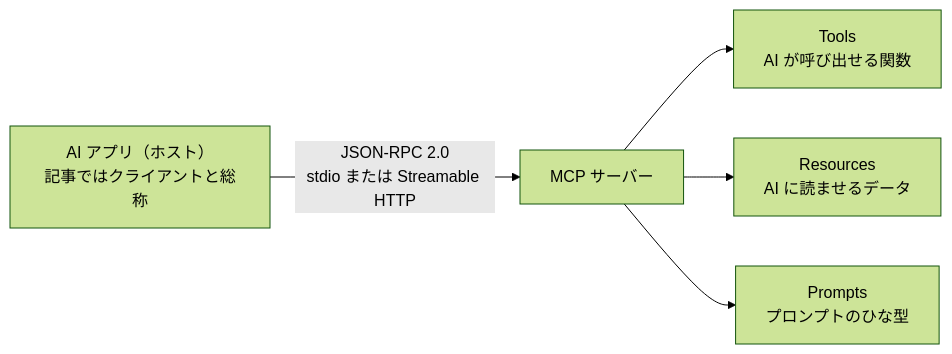
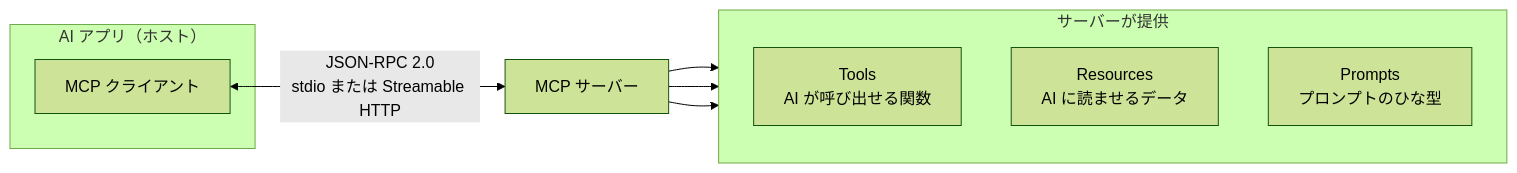
One commit to yamazaki-yuki-23/qiita-tech-blogs changed the second of 6 diagrams in public/2026-08-mcp-2026-07-28.md. Above: the diagram before and after it, drawn with Mermaid (forest theme). The commit also changed other lines of this file, not shown here.

````diff
--- a/public/2026-08-mcp-2026-07-28.md
+++ b/public/2026-08-mcp-2026-07-28.md
@@ -61,13 +88,20 @@
 ```mermaid
 flowchart LR
-    ai["AI アプリ（ホスト）<br/>記事ではクライアントと総称"]
+    subgraph host["AI アプリ（ホスト）"]
+        client["MCP クライアント"]
+    end
+
     server["MCP サーバー"]
-    tools["Tools<br/>AI が呼び出せる関数"]
-    resources["Resources<br/>AI に読ませるデータ"]
-    prompts["Prompts<br/>プロンプトのひな型"]
 
-    ai -->|"JSON-RPC 2.0<br/>stdio または Streamable HTTP"| server
+    subgraph features["サーバーが提供"]
+        direction TB
+        tools["Tools<br/>AI が呼び出せる関数"]
+        resources["Resources<br/>AI に読ませるデータ"]
+        prompts["Prompts<br/>プロンプトのひな型"]
+    end
+
+    client <-->|"JSON-RPC 2.0<br/>stdio または Streamable HTTP"| server
     server --> tools
     server --> resources
     server --> prompts
 ```
````
